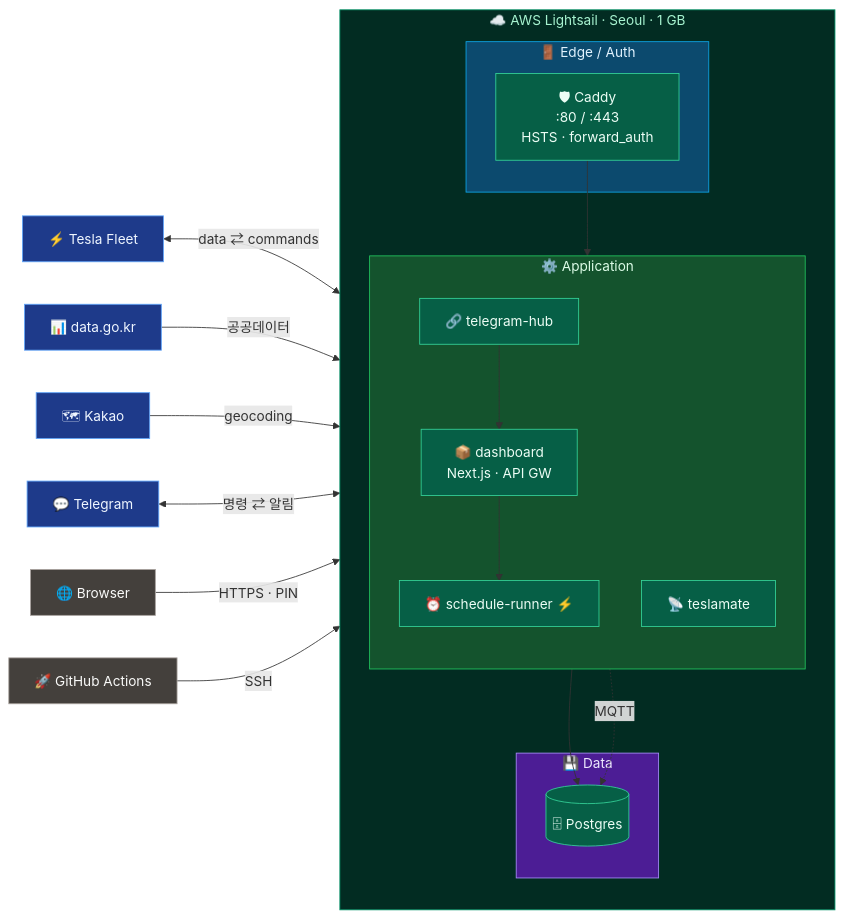
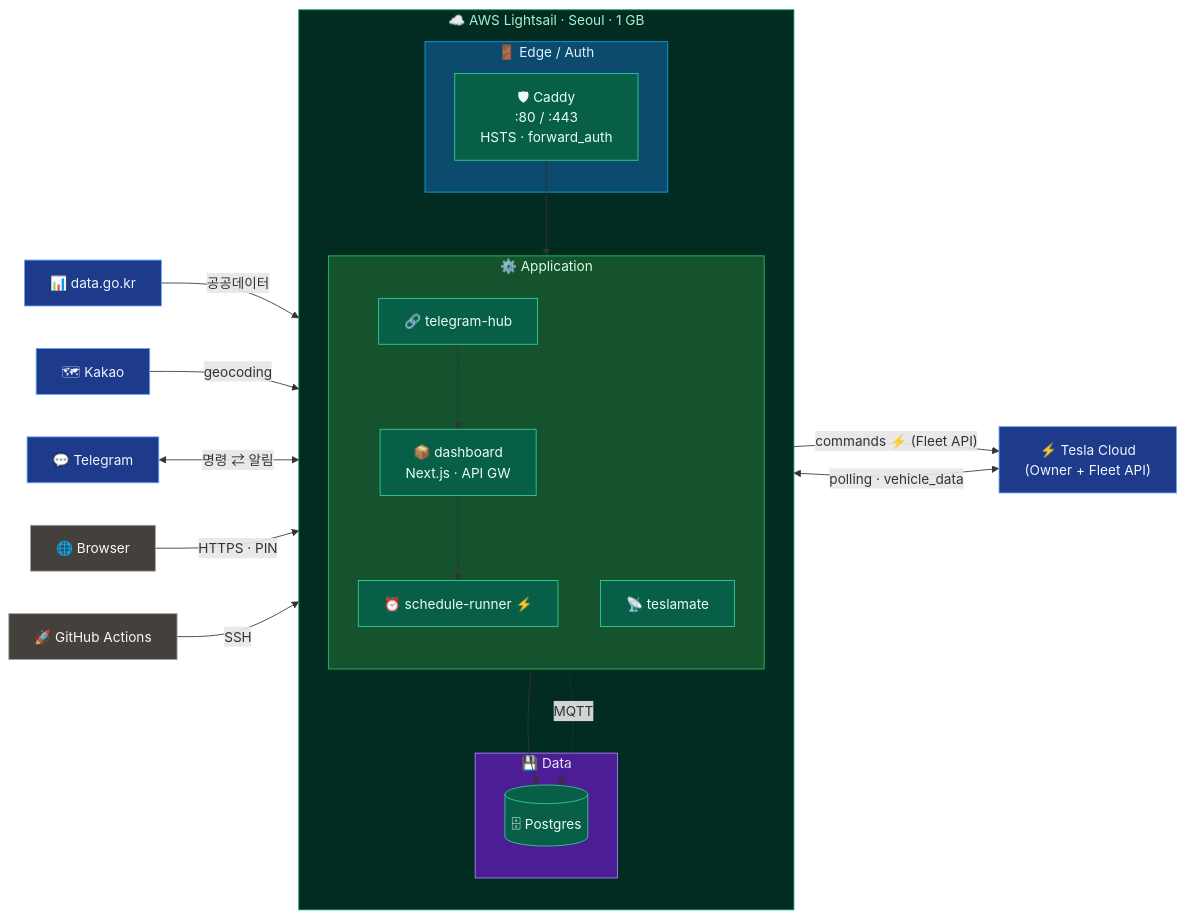
The diagram in README.md (ComMslee/myDash), drawn with Mermaid before and after one commit.

Commit message:
docs(readme): teslamate ↔ Tesla 폴링 경로 추가 + Tesla 노드 라벨 명확화
- Tesla 데이터 수집은 teslamate ↔ Tesla Owner API (폴링, 무료)
- 차량 명령은 schedule-runner → Tesla Fleet API (OAuth2, 유료 ⚡)
- 두 경로를 분리 표기 (기존엔 Tesla↔Dashboard 단일 화살표였음)

````diff
--- a/README.md
+++ b/README.md
@@ -18,53 +18,54 @@
 ```mermaid
 flowchart LR
-    Tesla["⚡ Tesla Fleet"]
+    Tesla["⚡ Tesla Cloud<br/>(Owner + Fleet API)"]
     Gov["📊 data.go.kr"]
     Kakao["🗺 Kakao"]
     TG["💬 Telegram"]
     Browser["🌐 Browser"]
     GHA["🚀 GitHub Actions"]
 
     subgraph LS["☁️ AWS Lightsail · Seoul · 1 GB"]
         direction TB
 
         subgraph Edge["🚪 Edge / Auth"]
             Caddy["🛡 Caddy<br/>:80 / :443<br/>HSTS · forward_auth"]
         end
 
         subgraph App["⚙️ Application"]
             direction TB
             Dashboard["📦 dashboard<br/>Next.js · API GW"]
             Scheduler["⏰ schedule-runner ⚡"]
             Hub["🔗 telegram-hub"]
             TM["📡 teslamate"]
         end
 
         subgraph Data["💾 Data"]
             DB[("🗄 Postgres")]
         end
 
         Caddy --> Dashboard
         Dashboard --> Scheduler
         Hub --> Dashboard
         Dashboard --> DB
         TM -. MQTT .-> DB
     end
 
-    Tesla   <-->|"data ⇄ commands"| Dashboard
+    Tesla   <-->|"polling · vehicle_data"| TM
+    Scheduler -->|"commands ⚡ (Fleet API)"| Tesla
     Gov     -->|"공공데이터"| Dashboard
     Kakao   -->|"geocoding"| Dashboard
     TG      <-->|"명령 ⇄ 알림"| Hub
     Browser -->|"HTTPS · PIN"| Caddy
     GHA     -->|"SSH"| Caddy
 
     classDef ext fill:#1e3a8a,stroke:#60a5fa,color:#eff6ff
     classDef ls fill:#065f46,stroke:#34d399,color:#ecfdf5
     classDef cli fill:#44403c,stroke:#a8a29e,color:#fafaf9
     class Tesla,Gov,Kakao,TG ext
     class Caddy,Dashboard,Scheduler,Hub,TM,DB ls
     class Browser,GHA cli
     style LS fill:#022c22,stroke:#059669,color:#a7f3d0
     style Edge fill:#0c4a6e,stroke:#0ea5e9,color:#e0f2fe
     style App fill:#14532d,stroke:#22c55e,color:#dcfce7
     style Data fill:#4c1d95,stroke:#a78bfa,color:#ede9fe
 ```
````
